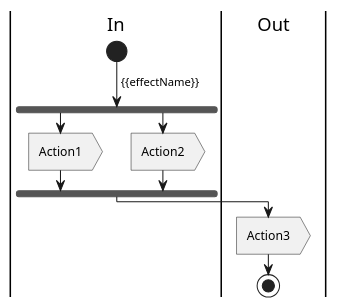
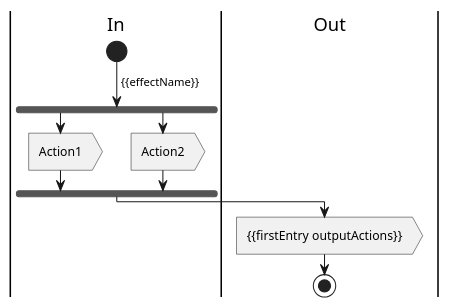
Before and after one commit to zalari/ngrx-utils: the diagram in src/bin/templates/aggregator-decider.puml, drawn with PlantUML. The commit also changed 6 other files, not shown here.

Commit message:
add firstEntry hbs helper and adjust templates to use it for the time being

```diff
--- a/src/bin/templates/aggregator-decider.puml
+++ b/src/bin/templates/aggregator-decider.puml
@@ -1,13 +1,13 @@
 @startuml
 |In|
 start
 -> {{effectName}};
 fork
 :Action1>
 fork again
 :Action2>
 end fork
 |Out|
-:Action3>
+:{{firstEntry outputActions}}>
 stop
 @enduml
```
